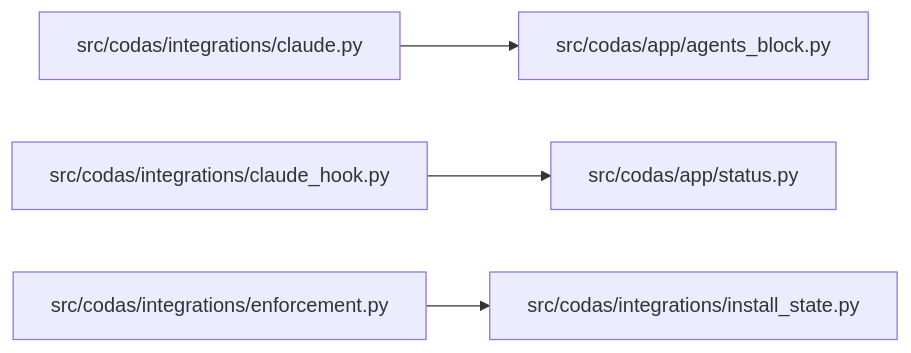
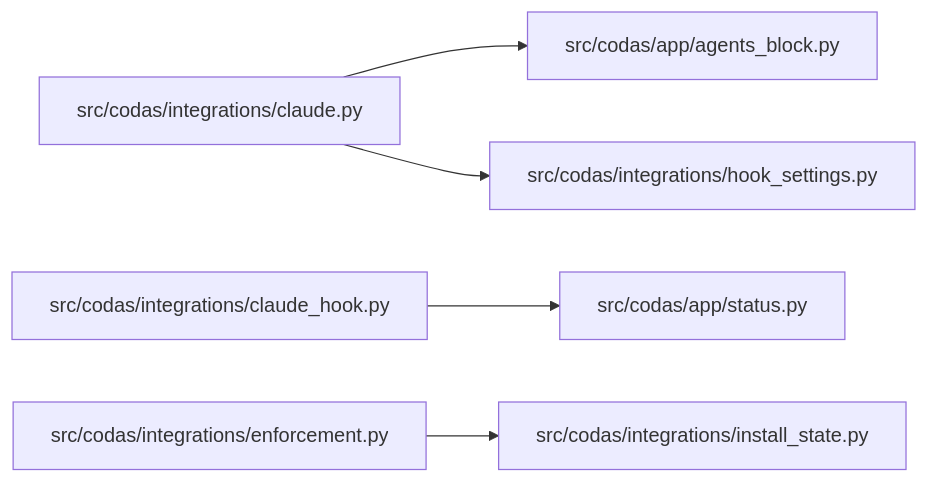
The diagram in wiki/role-integrations.md (oydodo/codas), drawn with Mermaid before and after one commit. The commit also changed other lines of this file and 3 other files, not shown here.

First line of the commit message:
refactor(integrations): extract agent-neutral hook_settings from claude (D1)

````diff
--- a/wiki/role-integrations.md
+++ b/wiki/role-integrations.md
@@ -72,12 +79,14 @@
 ```mermaid
 graph LR
   n0["src/codas/app/agents_block.py"]
   n1["src/codas/app/status.py"]
   n2["src/codas/integrations/claude.py"]
   n3["src/codas/integrations/claude_hook.py"]
   n4["src/codas/integrations/enforcement.py"]
-  n5["src/codas/integrations/install_state.py"]
+  n5["src/codas/integrations/hook_settings.py"]
+  n6["src/codas/integrations/install_state.py"]
   n2 --> n0
+  n2 --> n5
   n3 --> n1
-  n4 --> n5
+  n4 --> n6
 ```
````
